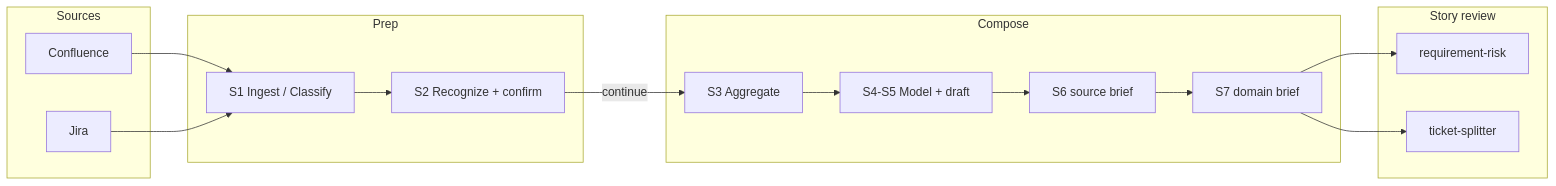
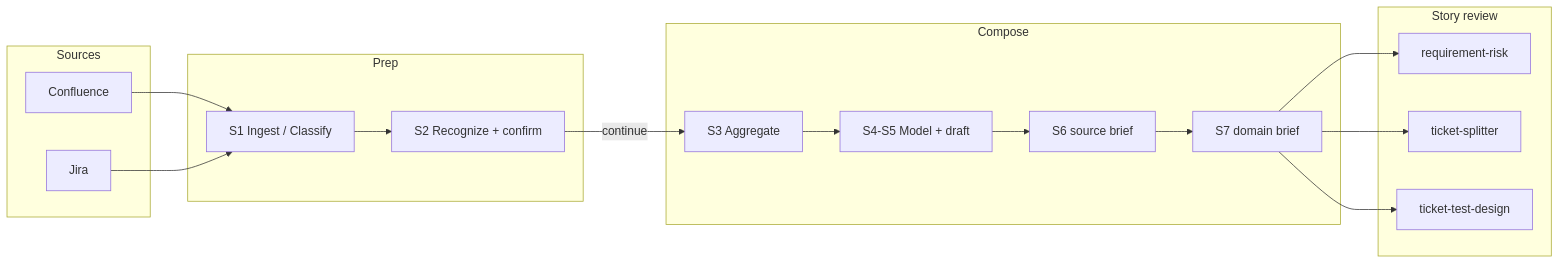
One commit to cat2000/domain-knowledge-ops changed the diagram in README.md. Above: the diagram before and after it, drawn with Mermaid. The commit also changed other lines of this file and 42 other files, not shown here.

First line of the commit message:
Add ticket-test-design skill for release/Done proof packs.

````diff
--- a/README.md
+++ b/README.md
@@ -107,32 +123,34 @@
 ```mermaid
 flowchart LR
   subgraph sources [Sources]
     CF[Confluence]
     JR[Jira]
   end
 
   subgraph prep [Prep]
     S1[S1 Ingest / Classify]
     S2[S2 Recognize + confirm]
   end
 
   subgraph compose [Compose]
     S3[S3 Aggregate]
     S4S5[S4-S5 Model + draft]
     S6[S6 source brief]
     S7[S7 domain brief]
   end
 
   subgraph review [Story review]
     RR[requirement-risk]
     TS[ticket-splitter]
+    TD[ticket-test-design]
   end
 
   CF --> S1
   JR --> S1
   S1 --> S2
   S2 -->|continue| S3
   S3 --> S4S5 --> S6 --> S7
   S7 --> RR
   S7 --> TS
+  S7 --> TD
 ```
````
